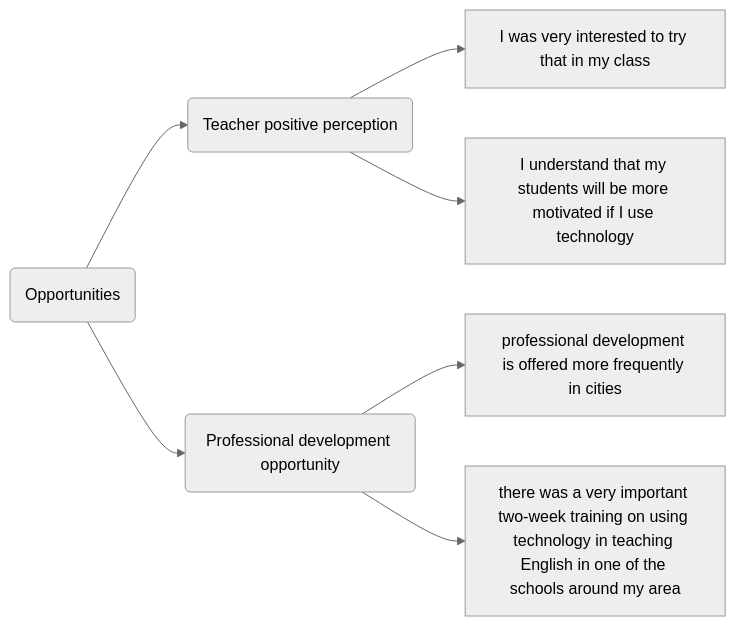
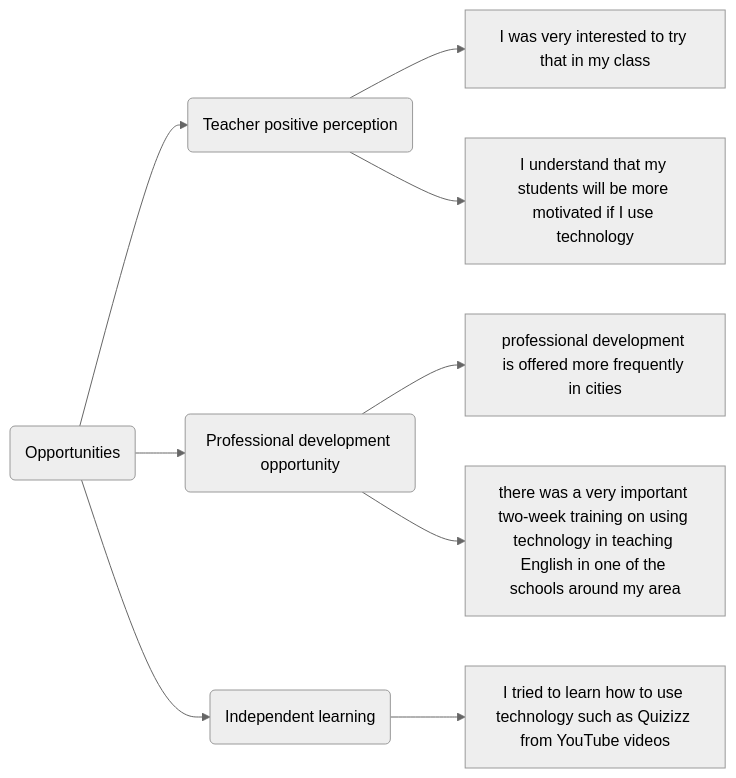
The first of 2 diagrams in intro_coding.qmd (faisalmustafa/SLR), drawn with Mermaid (neutral theme) before and after one commit. The commit also changed other lines of this file and 2 other files, not shown here.

````diff
--- a/intro_coding.qmd
+++ b/intro_coding.qmd
@@ -17,11 +17,12 @@
 ```{mermaid}
 flowchart LR
   A(Opportunities)
   A --> B(Teacher positive perception)
   B --> C[I was very interested to try that in my class]
   B --> D[I understand that my students will be more motivated if I use technology]
   A --> E(Professional development opportunity)
-  E --> F[professional development is offered more frequently in cities]
-  E --> G[there was a very important two-week training on using technology in teaching English in one of the schools around my area]
-  
+  E --> F["professional development is offered more frequently in cities"]
+  E --> G["there was a very important two-week training on using technology in teaching English in one of the schools around my area"]
+  A --> H(Independent learning)
+  H --> I["I tried to learn how to use technology such as Quizizz from YouTube videos"]
 ```
````
